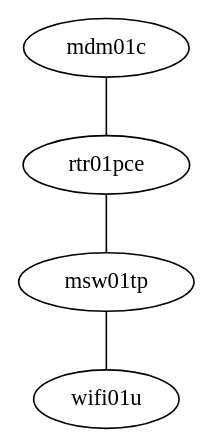
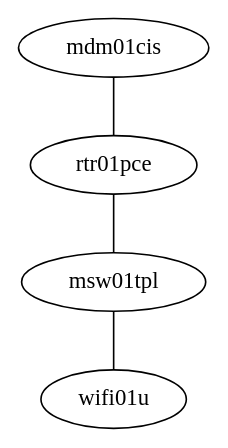
The diagram in ctha/network.dot (jrddunbr/sysconfig), drawn with Graphviz before and after one commit. The commit also changed 4 other files, not shown here.

```diff
--- a/ctha/network.dot
+++ b/ctha/network.dot
@@ -1,10 +1,10 @@
 graph {
-    mdm01c
+    mdm01cis
     rtr01pce
-    msw01tp
+    msw01tpl
     wifi01u
 
-    mdm01c -- rtr01pce
-    rtr01pce -- msw01tp
-    msw01tp -- wifi01u
+    mdm01cis -- rtr01pce
+    rtr01pce -- msw01tpl
+    msw01tpl -- wifi01u
 }
```
